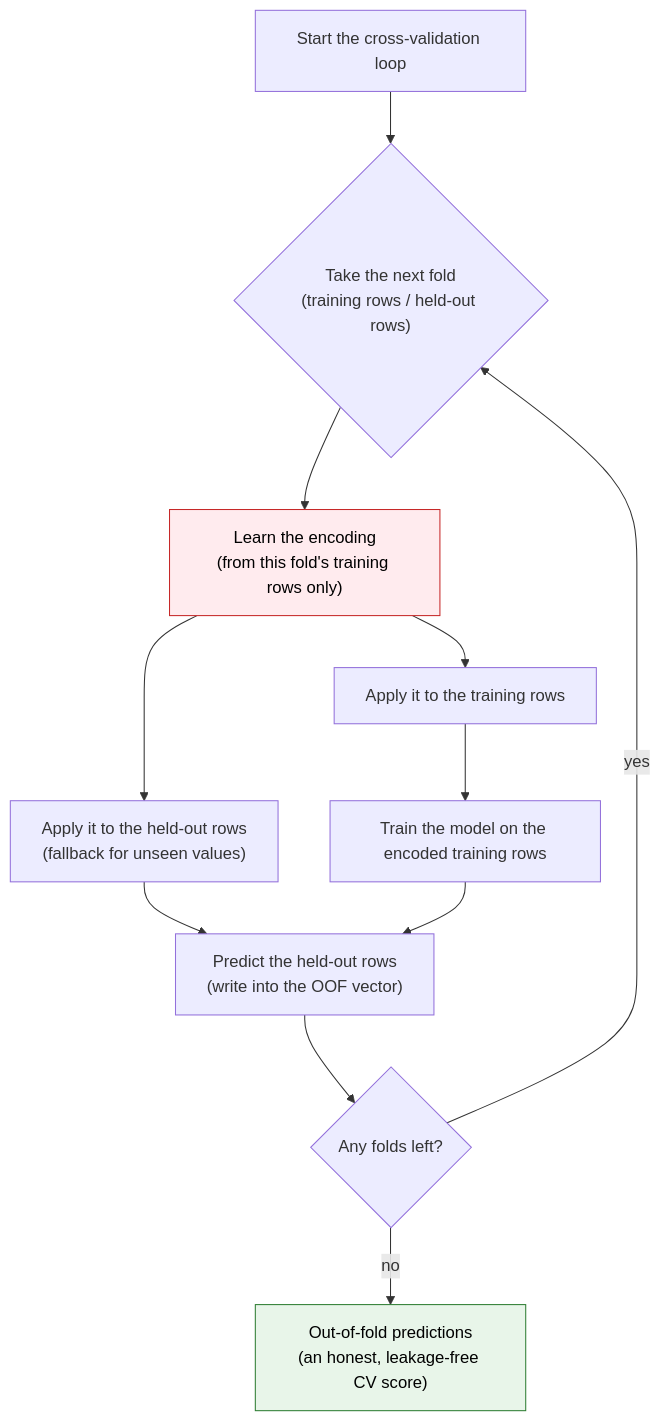
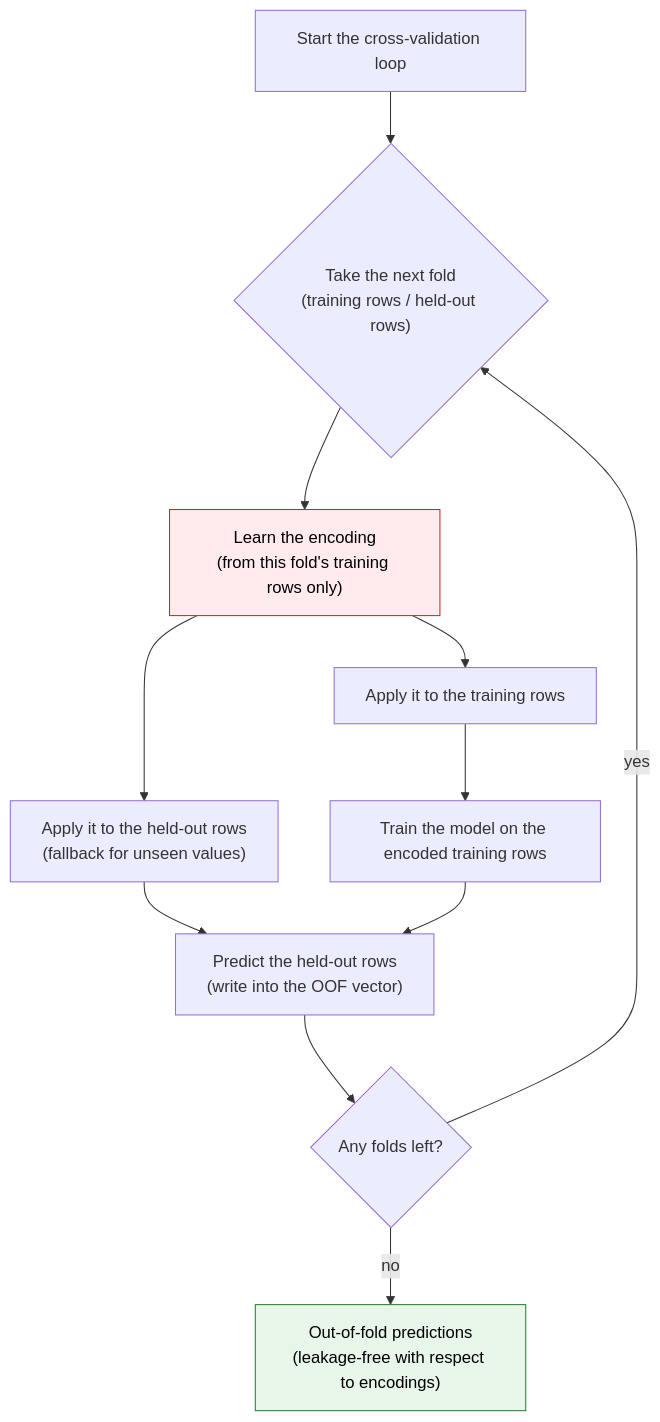
One commit to VaradHajare/Kaggle-Autopilot changed the second of 2 diagrams in README.md. Above: the diagram before and after it, drawn with Mermaid. The commit also changed other lines of this file, not shown here.

````diff
--- a/README.md
+++ b/README.md
@@ -211,17 +249,17 @@
 ```mermaid
 flowchart TD
     START["Start the cross-validation loop"] --> SPLIT{"Take the next fold<br/>(training rows / held-out rows)"}
 
     SPLIT --> FIT["Learn the encoding<br/>(from this fold's training rows only)"]
     FIT --> APPLY_TR["Apply it to the training rows"]
     FIT --> APPLY_VA["Apply it to the held-out rows<br/>(fallback for unseen values)"]
     APPLY_TR --> TRAINM["Train the model on the encoded training rows"]
     APPLY_VA --> PREDICT["Predict the held-out rows<br/>(write into the OOF vector)"]
     TRAINM --> PREDICT
     PREDICT --> NEXT{"Any folds left?"}
     NEXT -- yes --> SPLIT
-    NEXT -- no --> OOF["Out-of-fold predictions<br/>(an honest, leakage-free CV score)"]
+    NEXT -- no --> OOF["Out-of-fold predictions<br/>(leakage-free with respect to encodings)"]
 
     style FIT fill:#ffebee,stroke:#c62828,color:#000
     style OOF fill:#e8f5e9,stroke:#2e7d32,color:#000
 ```
````
